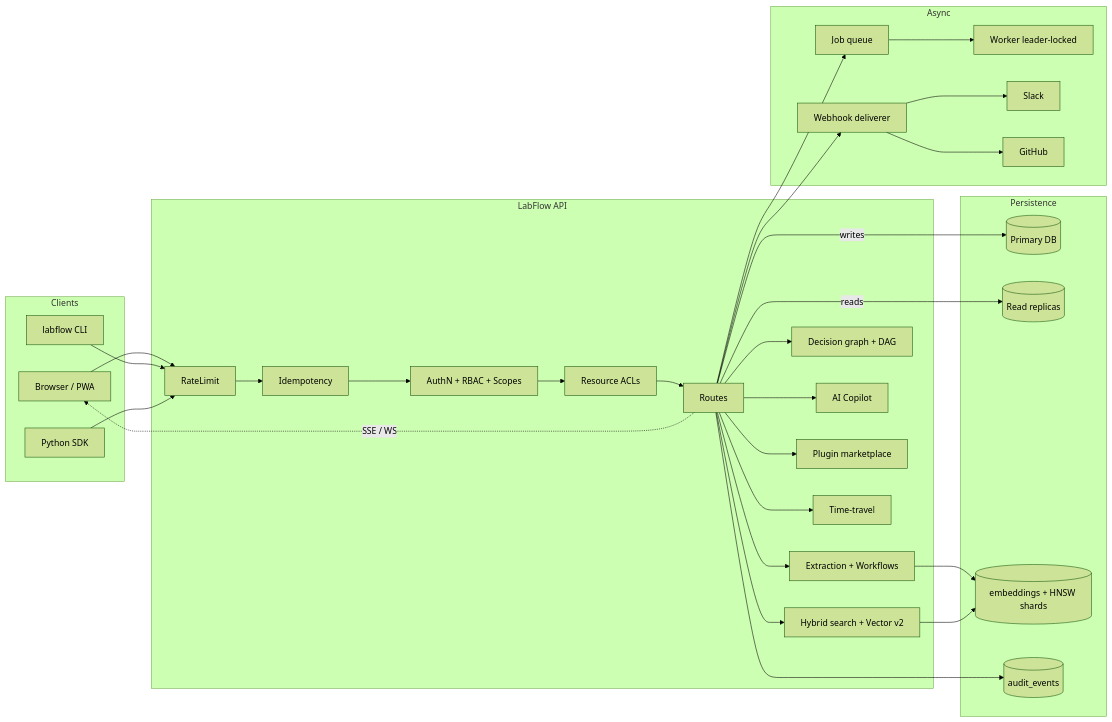
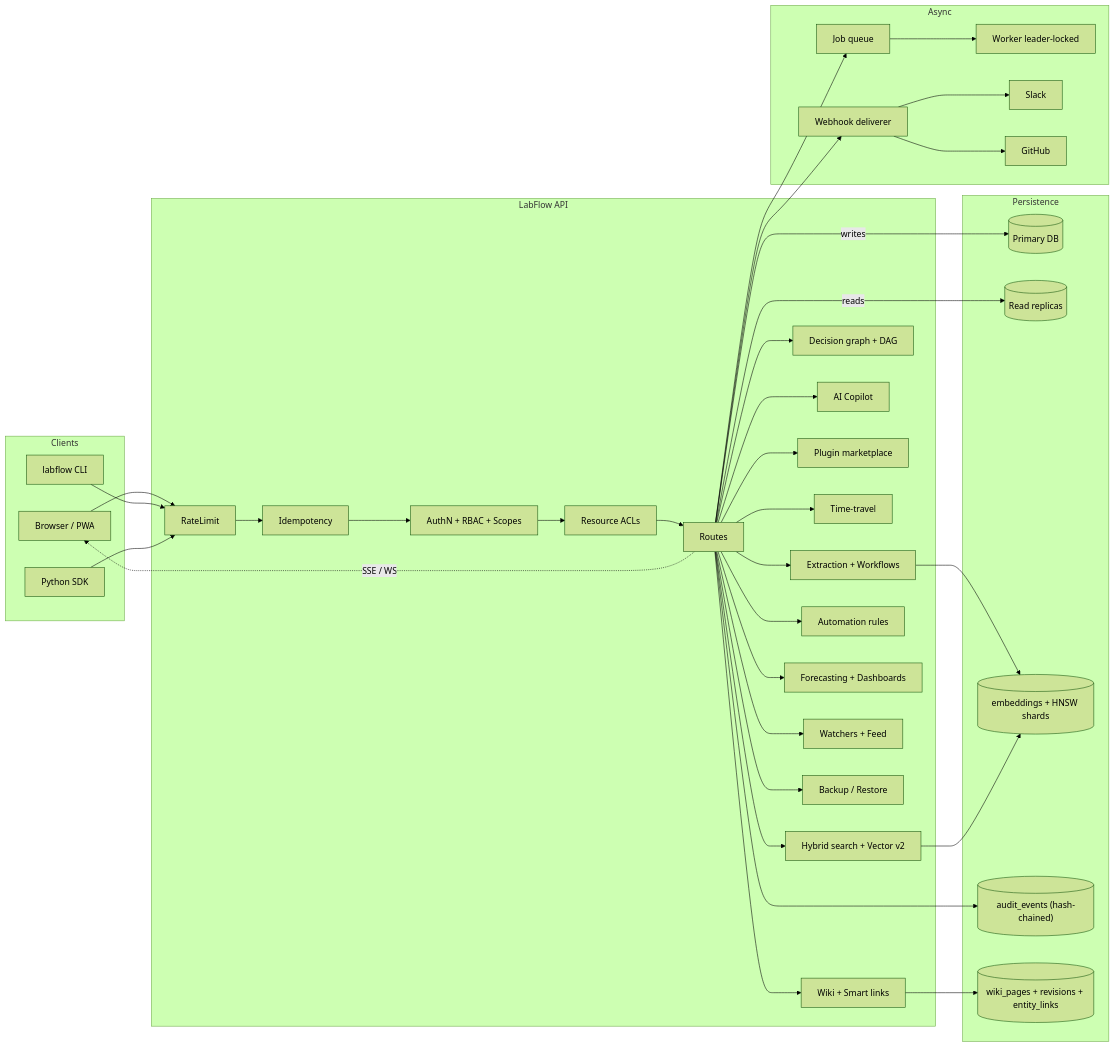
The diagram in README.md (mariam-oss-eng/labflow), drawn with Mermaid (forest theme) before and after one commit. The commit also changed other lines of this file and 20 other files, not shown here.

````diff
--- a/README.md
+++ b/README.md
@@ -93,41 +106,48 @@
 ```mermaid
 flowchart LR
     subgraph Clients
       U[Browser / PWA]
       CLI[labflow CLI]
       SDK[Python SDK]
     end
     subgraph LabFlow API
       MW1[RateLimit] --> MW2[Idempotency] --> AUTH[AuthN + RBAC + Scopes]
       AUTH --> ACL[Resource ACLs]
       ACL --> R[Routes]
       R --> EX[Extraction + Workflows]
       R --> SR[Hybrid search + Vector v2]
       R --> GR[Decision graph + DAG]
       R --> CO[AI Copilot]
       R --> PL[Plugin marketplace]
       R --> TT[Time-travel]
+      R --> WK1[Wiki + Smart links]
+      R --> AR[Automation rules]
+      R --> FC[Forecasting + Dashboards]
+      R --> WF[Watchers + Feed]
+      R --> BK[Backup / Restore]
     end
     subgraph Persistence
       P[(Primary DB)]
       RR[(Read replicas)]
       EMB[(embeddings + HNSW shards)]
-      AUD[(audit_events)]
+      AUD[(audit_events &lpar;hash-chained&rpar;)]
+      WP[(wiki_pages + revisions + entity_links)]
     end
     subgraph Async
       JQ[Job queue] --> WK[Worker leader-locked]
       WH[Webhook deliverer] --> SLK[Slack]
       WH --> GH[GitHub]
     end
     U --> MW1
     CLI --> MW1
     SDK --> MW1
     R -- writes --> P
     R -- reads --> RR
     EX --> EMB
     SR --> EMB
+    WK1 --> WP
     R --> JQ
     R --> WH
     R --> AUD
     R -. SSE / WS .-> U
 ```
````
